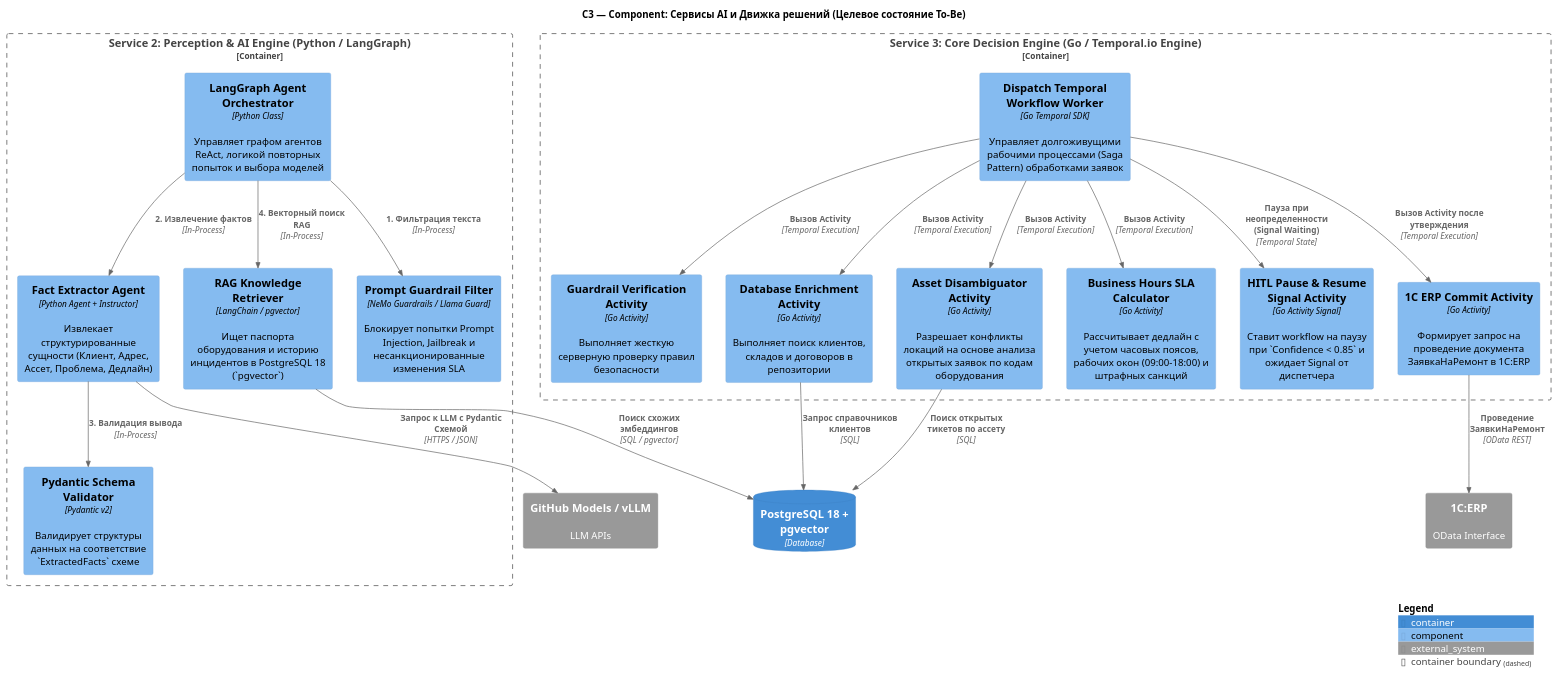
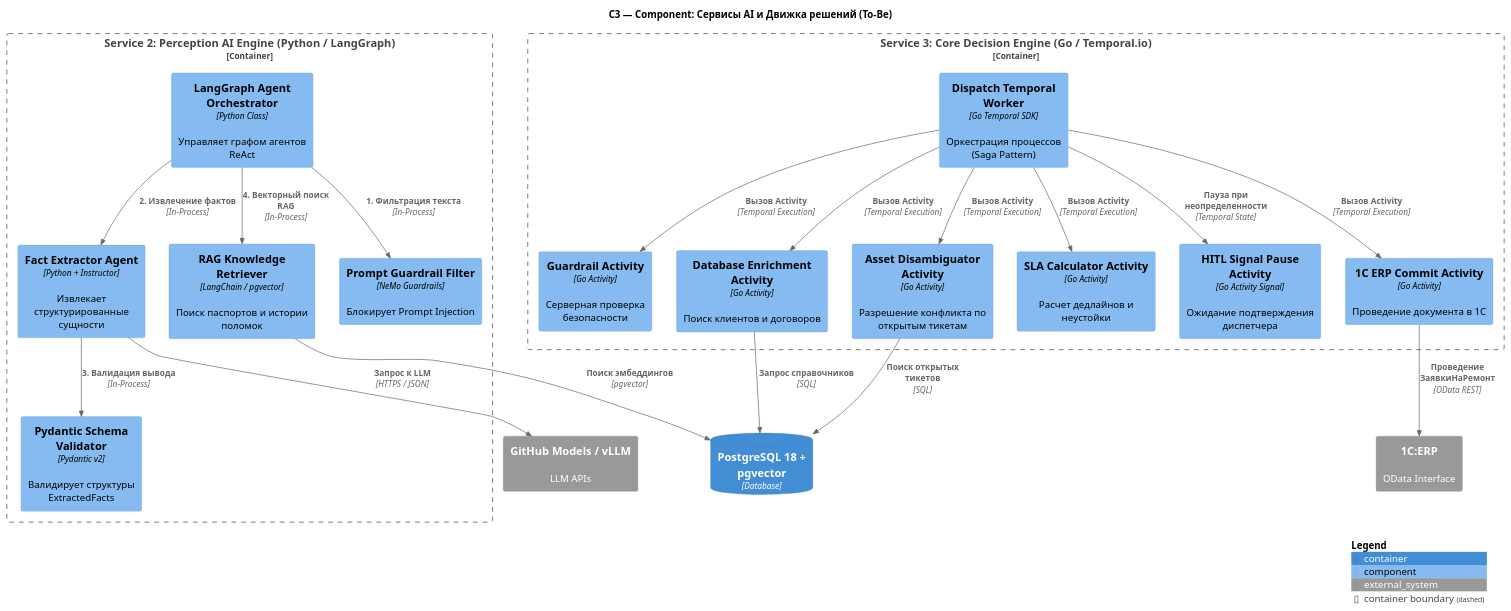
Before and after one commit to ParallelNoMinded/Text2Business: the diagram in architecture/target_to_be/diagrams/c3_component_target.puml, drawn with PlantUML. The commit also changed 17 other files, not shown here.

```diff
--- a/architecture/target_to_be/diagrams/c3_component_target.puml
+++ b/architecture/target_to_be/diagrams/c3_component_target.puml
@@ -1,52 +1,47 @@
 @startuml c3_component_target
-!include <C4/C4_Component>
+!include <C4/C4_Component.puml>
 LAYOUT_TOP_DOWN()
 
-title C3 — Component: Сервисы AI и Движка решений (Целевое состояние To-Be)
+title C3 — Component: Сервисы AI и Движка решений (To-Be)
 
-Container_Boundary(ai_service_boundary, "Service 2: Perception & AI Engine (Python / LangGraph)") {
-  Component(agent_orchestrator, "LangGraph Agent Orchestrator", "Python Class", "Управляет графом агентов ReAct, логикой повторных попыток и выбора моделей")
-  Component(fact_extractor, "Fact Extractor Agent", "Python Agent + Instructor", "Извлекает структурированные сущности (Клиент, Адрес, Ассет, Проблема, Дедлайн)")
-  Component(schema_validator, "Pydantic Schema Validator", "Pydantic v2", "Валидирует структуры данных на соответствие `ExtractedFacts` схеме")
-  Component(rag_retriever, "RAG Knowledge Retriever", "LangChain / pgvector", "Ищет паспорта оборудования и историю инцидентов в PostgreSQL 18 (`pgvector`)")
-  Component(prompt_guardrail, "Prompt Guardrail Filter", "NeMo Guardrails / Llama Guard", "Блокирует попытки Prompt Injection, Jailbreak и несанкционированные изменения SLA")
+Container_Boundary(ai_service_boundary, "Service 2: Perception AI Engine (Python / LangGraph)") {
+  Component(agent_orchestrator, "LangGraph Agent Orchestrator", "Python Class", "Управляет графом агентов ReAct")
+  Component(fact_extractor, "Fact Extractor Agent", "Python + Instructor", "Извлекает структурированные сущности")
+  Component(schema_validator, "Pydantic Schema Validator", "Pydantic v2", "Валидирует структуры ExtractedFacts")
+  Component(rag_retriever, "RAG Knowledge Retriever", "LangChain / pgvector", "Поиск паспортов и истории поломок")
+  Component(prompt_guardrail, "Prompt Guardrail Filter", "NeMo Guardrails", "Блокирует Prompt Injection")
 }
 
-Container_Boundary(core_engine_boundary, "Service 3: Core Decision Engine (Go / Temporal.io Engine)") {
-  Component(workflow_worker, "Dispatch Temporal Workflow Worker", "Go Temporal SDK", "Управляет долгоживущими рабочими процессами (Saga Pattern) обработками заявок")
-  Component(act_guardrail, "Guardrail Verification Activity", "Go Activity", "Выполняет жесткую серверную проверку правил безопасности")
-  Component(act_db_lookup, "Database Enrichment Activity", "Go Activity", "Выполняет поиск клиентов, складов и договоров в репозитории")
-  Component(act_disambiguation, "Asset Disambiguator Activity", "Go Activity", "Разрешает конфликты локаций на основе анализа открытых заявок по кодам оборудования")
-  Component(act_sla_calc, "Business Hours SLA Calculator", "Go Activity", "Рассчитывает дедлайн с учетом часовых поясов, рабочих окон (09:00-18:00) и штрафных санкций")
-  Component(act_hitl_pause, "HITL Pause & Resume Signal Activity", "Go Activity Signal", "Ставит workflow на паузу при `Confidence < 0.85` и ожидает Signal от диспетчера")
-  Component(act_1c_commit, "1C ERP Commit Activity", "Go Activity", "Формирует запрос на проведение документа ЗаявкаНаРемонт в 1С:ERP")
+Container_Boundary(core_engine_boundary, "Service 3: Core Decision Engine (Go / Temporal.io)") {
+  Component(workflow_worker, "Dispatch Temporal Worker", "Go Temporal SDK", "Оркестрация процессов (Saga Pattern)")
+  Component(act_guardrail, "Guardrail Activity", "Go Activity", "Серверная проверка безопасности")
+  Component(act_db_lookup, "Database Enrichment Activity", "Go Activity", "Поиск клиентов и договоров")
+  Component(act_disambiguation, "Asset Disambiguator Activity", "Go Activity", "Разрешение конфликта по открытым тикетам")
+  Component(act_sla_calc, "SLA Calculator Activity", "Go Activity", "Расчет дедлайнов и неустойки")
+  Component(act_hitl_pause, "HITL Signal Pause Activity", "Go Activity Signal", "Ожидание подтверждения диспетчера")
+  Component(act_1c_commit, "1C ERP Commit Activity", "Go Activity", "Проведение документа в 1С")
 }
 
 ContainerDb(postgres, "PostgreSQL 18 + pgvector", "Database")
 System_Ext(1c_erp, "1С:ERP", "OData Interface")
 System_Ext(llm_cloud, "GitHub Models / vLLM", "LLM APIs")
 
-' Связи компонентов AI Сервиса
 Rel(agent_orchestrator, prompt_guardrail, "1. Фильтрация текста", "In-Process")
 Rel(agent_orchestrator, fact_extractor, "2. Извлечение фактов", "In-Process")
-Rel(fact_extractor, llm_cloud, "Запрос к LLM c Pydantic Схемой", "HTTPS / JSON")
+Rel(fact_extractor, llm_cloud, "Запрос к LLM", "HTTPS / JSON")
 Rel(fact_extractor, schema_validator, "3. Валидация вывода", "In-Process")
 Rel(agent_orchestrator, rag_retriever, "4. Векторный поиск RAG", "In-Process")
-Rel(rag_retriever, postgres, "Поиск схожих эмбеддингов", "SQL / pgvector")
+Rel(rag_retriever, postgres, "Поиск эмбеддингов", "pgvector")
 
-' Связи компонентов Core Decision Engine (Temporal Workflow)
 Rel(workflow_worker, act_guardrail, "Вызов Activity", "Temporal Execution")
 Rel(workflow_worker, act_db_lookup, "Вызов Activity", "Temporal Execution")
-Rel(act_db_lookup, postgres, "Запрос справочников клиентов", "SQL")
-
+Rel(act_db_lookup, postgres, "Запрос справочников", "SQL")
 Rel(workflow_worker, act_disambiguation, "Вызов Activity", "Temporal Execution")
-Rel(act_disambiguation, postgres, "Поиск открытых тикетов по ассету", "SQL")
-
+Rel(act_disambiguation, postgres, "Поиск открытых тикетов", "SQL")
 Rel(workflow_worker, act_sla_calc, "Вызов Activity", "Temporal Execution")
-Rel(workflow_worker, act_hitl_pause, "Пауза при неопределенности (Signal Waiting)", "Temporal State")
-
-Rel(workflow_worker, act_1c_commit, "Вызов Activity после утверждения", "Temporal Execution")
+Rel(workflow_worker, act_hitl_pause, "Пауза при неопределенности", "Temporal State")
+Rel(workflow_worker, act_1c_commit, "Вызов Activity", "Temporal Execution")
 Rel(act_1c_commit, 1c_erp, "Проведение ЗаявкиНаРемонт", "OData REST")
 
 SHOW_LEGEND()
-@endl
+@enduml
```
